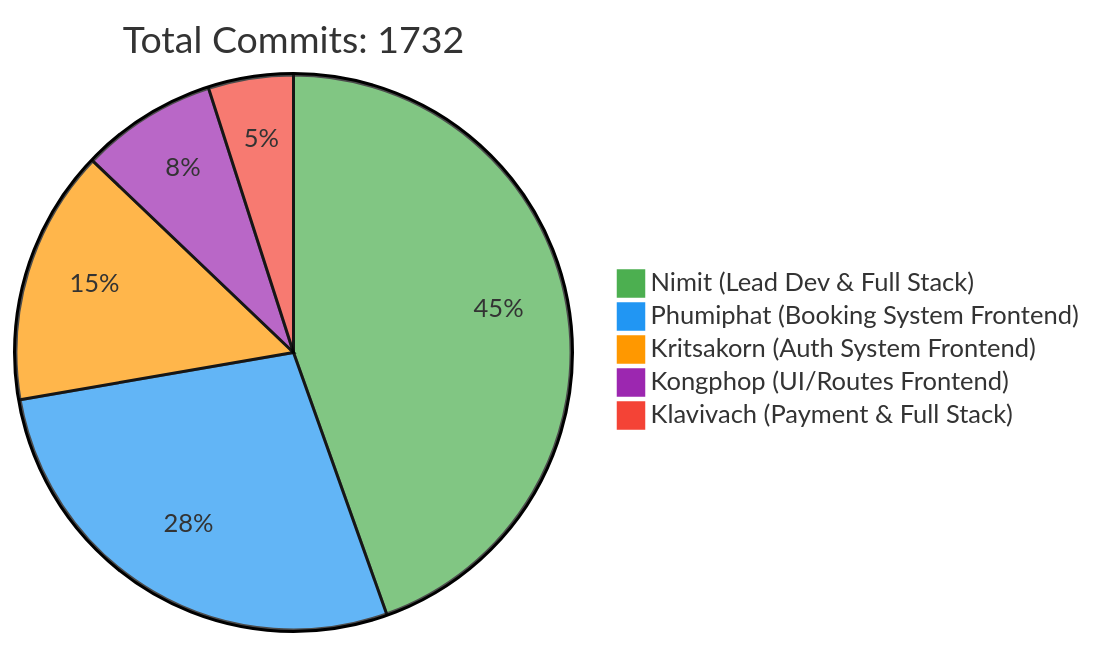
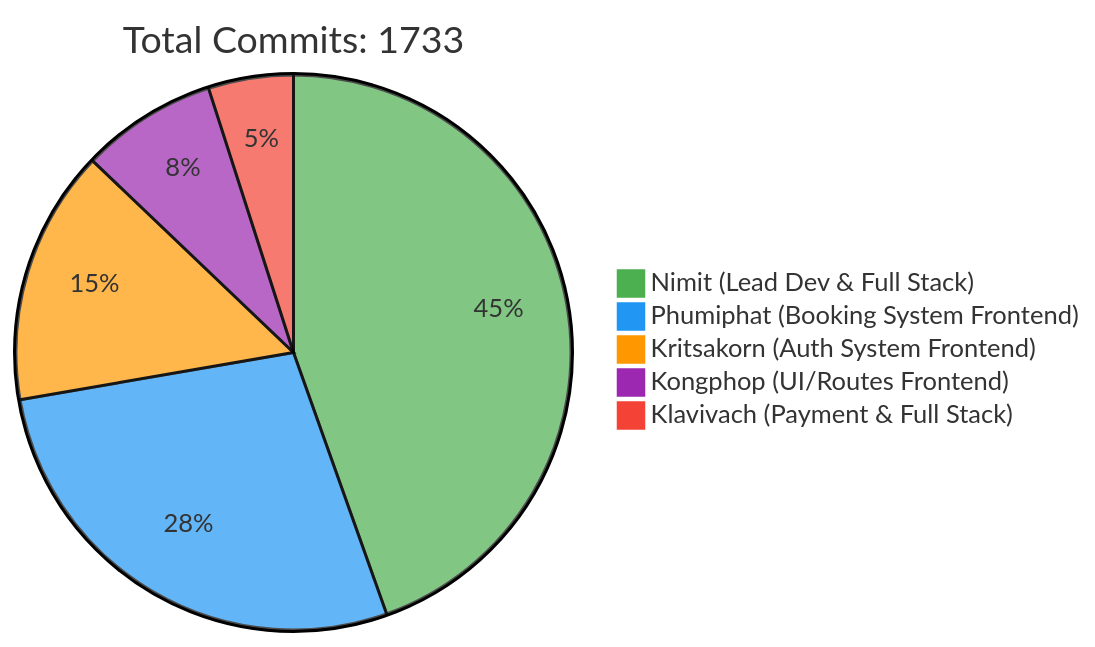
Before and after one commit to 6531503042/Sport-Complex: the first of 2 diagrams in README.md, drawn with Mermaid. The commit also changed other lines of this file, not shown here.

Commit message:
docs: Update contributor statistics [skip ci]

````diff
--- a/README.md
+++ b/README.md
@@ -257,10 +257,10 @@
 ```mermaid
 %%{init: {'theme': 'base', 'themeVariables': { 'pie1': '#4CAF50', 'pie2': '#2196F3', 'pie3': '#FF9800', 'pie4': '#9C27B0', 'pie5': '#F44336'}}}%%
 pie
-    title Total Commits: 1732
+    title Total Commits: 1733
     "Nimit (Lead Dev & Full Stack)" : 450
     "Phumiphat (Booking System Frontend)" : 280
     "Kritsakorn (Auth System Frontend)" : 150
     "Kongphop (UI/Routes Frontend)" : 80
     "Klavivach (Payment & Full Stack)" : 50
 ```
````
